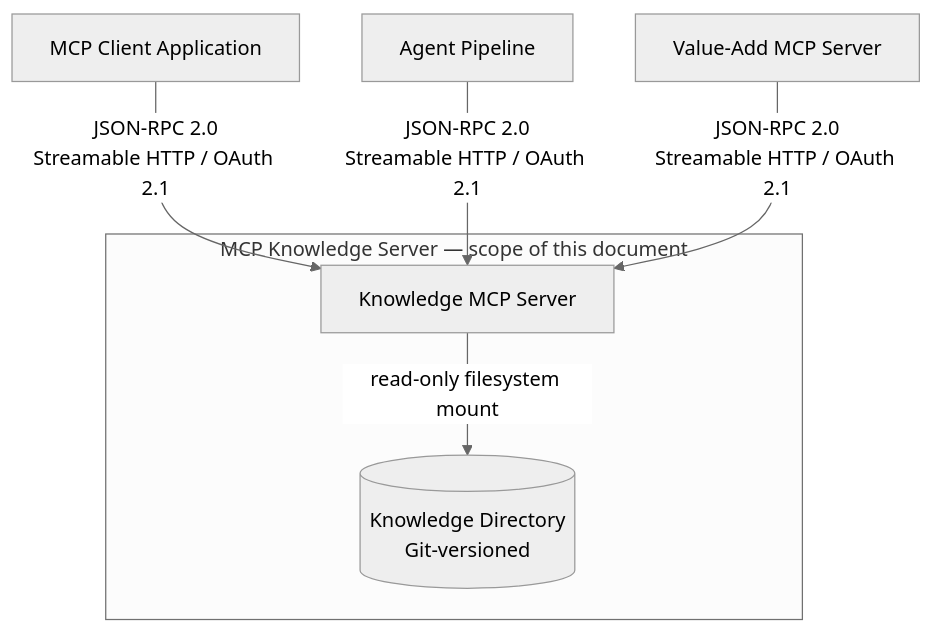
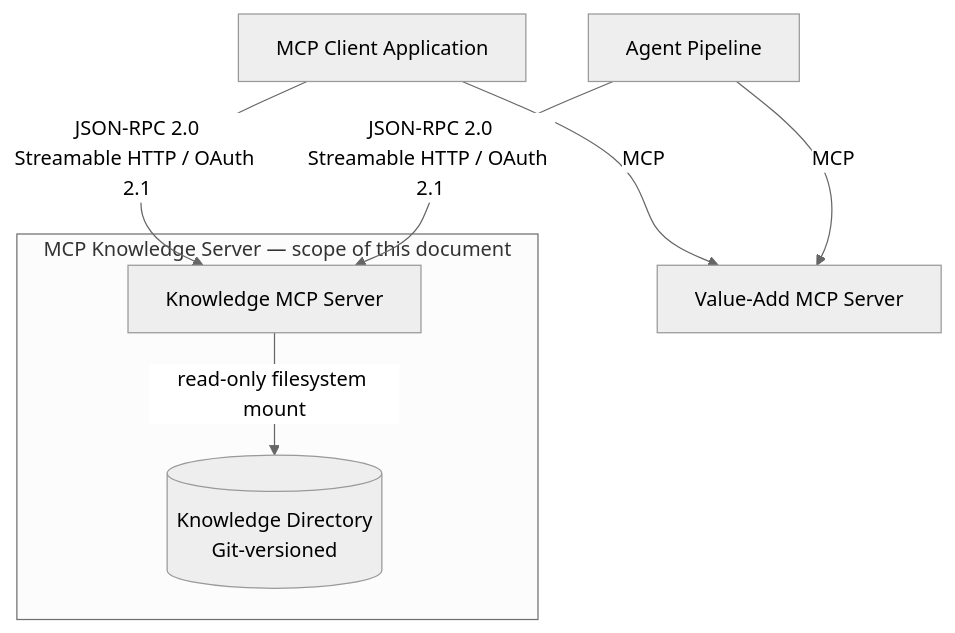
The diagram in docs/product/knowledge/01_overview.md (M-A-Operating-System/shared-work), drawn with Mermaid (neutral theme) before and after one commit.

Commit message:
docs(knowledge): fix diagram topology — MCP Servers are not consumers
MCP Clients and Agent Pipelines connect to both the Knowledge Server
and Value-Add MCP Servers. Value-Add MCP Servers have no connection
to the Knowledge Server.

https://claude.ai/code/session_01CYjqpWt1v2JhCDuDBEJCSM

````diff
--- a/docs/product/knowledge/01_overview.md
+++ b/docs/product/knowledge/01_overview.md
@@ -58,16 +58,17 @@
 ```mermaid
 graph TD
     A[MCP Client Application]
     B[Agent Pipeline]
     C[Value-Add MCP Server]
 
     subgraph KS["MCP Knowledge Server — scope of this document"]
         K[Knowledge MCP Server]
         D[(Knowledge Directory\nGit-versioned)]
         K -->|read-only filesystem mount| D
     end
 
     A -->|JSON-RPC 2.0\nStreamable HTTP / OAuth 2.1| K
+    A -->|MCP| C
     B -->|JSON-RPC 2.0\nStreamable HTTP / OAuth 2.1| K
-    C -->|JSON-RPC 2.0\nStreamable HTTP / OAuth 2.1| K
+    B -->|MCP| C
 ```
````
